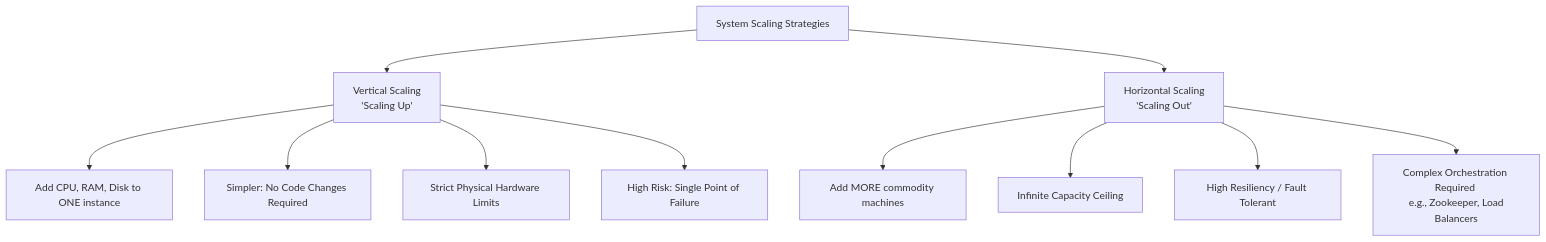
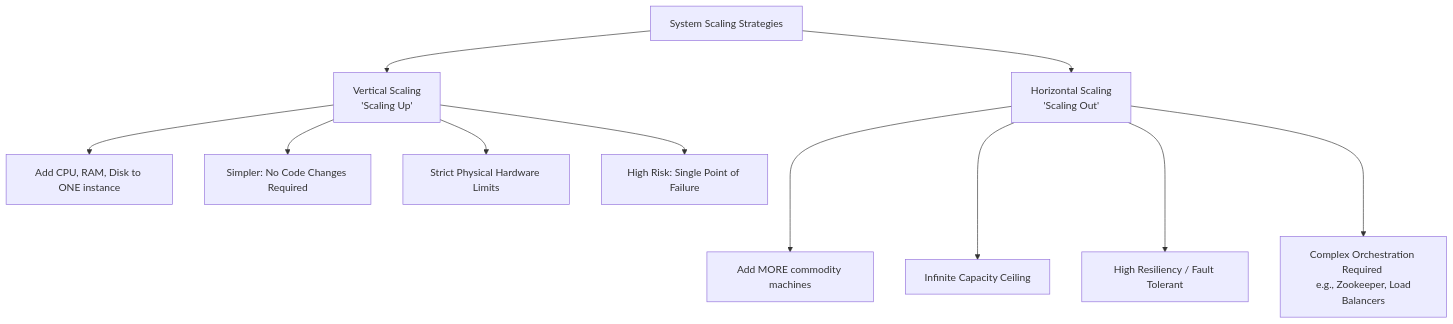
The first of 2 diagrams in fundamentals/distributed-systems.md (Solanki-rudra/system-design), drawn with Mermaid before and after one commit. The commit also changed other lines of this file and 14 other files, not shown here.

````diff
--- a/fundamentals/distributed-systems.md
+++ b/fundamentals/distributed-systems.md
@@ -25,15 +25,15 @@
 ```mermaid
 graph TD
     A[System Scaling Strategies] --> B[Vertical Scaling <br/> 'Scaling Up']
     A --> C[Horizontal Scaling <br/> 'Scaling Out']
 
     B --> B1[Add CPU, RAM, Disk to ONE instance]
     B --> B2[Simpler: No Code Changes Required]
     B --> B3[Strict Physical Hardware Limits]
     B --> B4[High Risk: Single Point of Failure]
 
-    C --> C1[Add MORE commodity machines]
-    C --> C2[Infinite Capacity Ceiling]
-    C --> C3[High Resiliency / Fault Tolerant]
-    C --> C4[Complex Orchestration Required <br/> e.g., Zookeeper, Load Balancers]
+    C ---> C1[Add MORE commodity machines]
+    C ---> C2[Infinite Capacity Ceiling]
+    C ---> C3[High Resiliency / Fault Tolerant]
+    C ---> C4[Complex Orchestration Required <br/> e.g., Zookeeper, Load Balancers]
 ```
````
